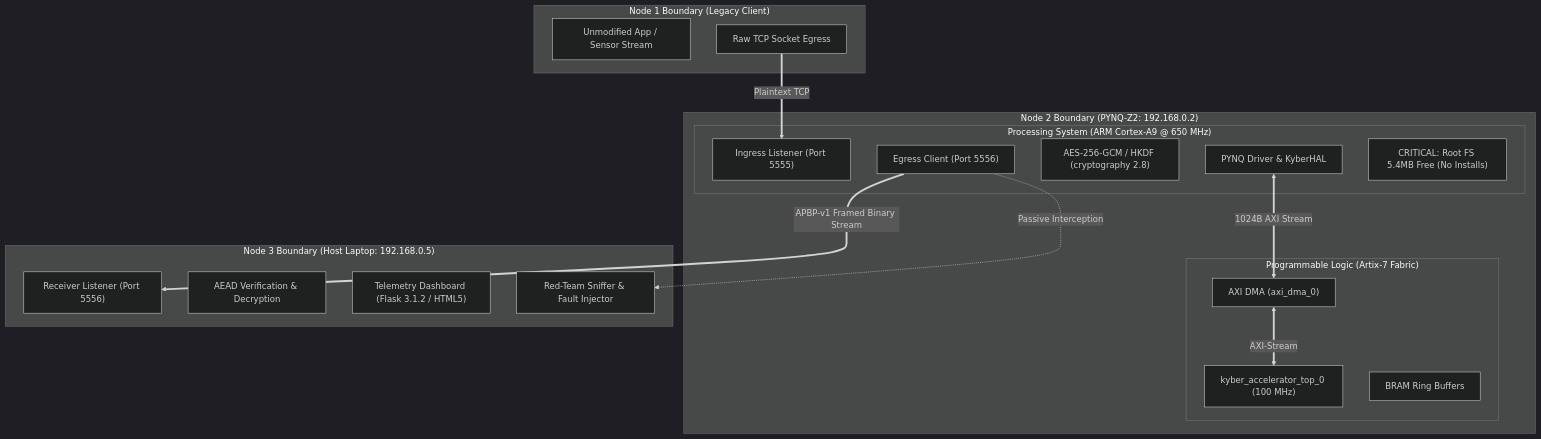
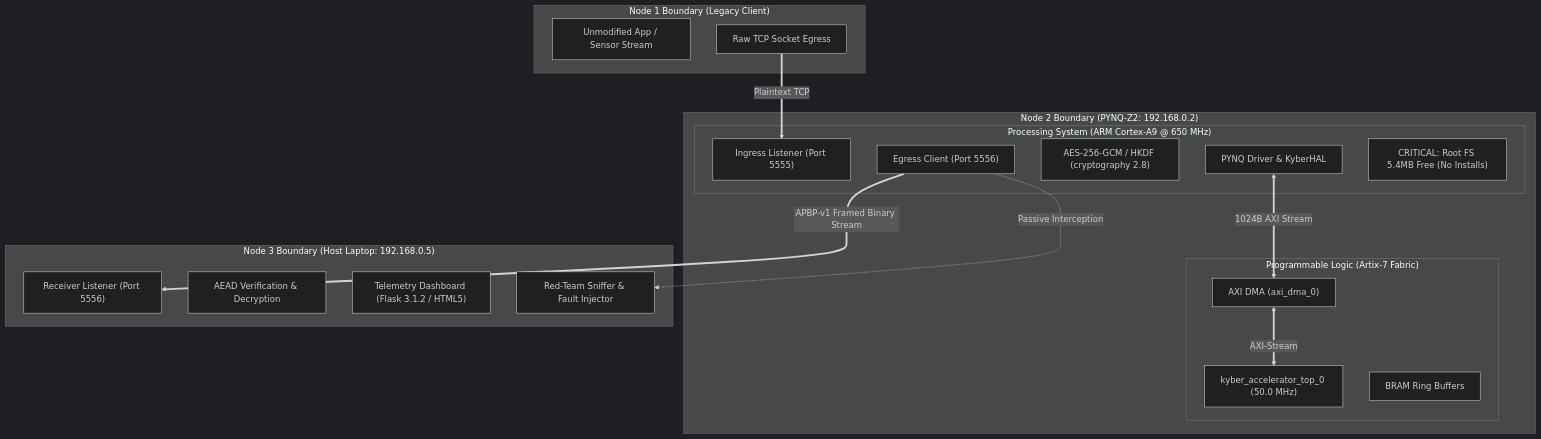
Before and after one commit to Raja-sys77/AEGIS-pq: the diagram in docs/reconnaissance/07_system_boundaries_and_dependencies.md, drawn with Mermaid (dark theme). The commit also changed 9 other files, not shown here.

````diff
--- a/docs/reconnaissance/07_system_boundaries_and_dependencies.md
+++ b/docs/reconnaissance/07_system_boundaries_and_dependencies.md
@@ -13,37 +13,37 @@
 ```mermaid
 graph TD
     subgraph Node1_Boundary ["Node 1 Boundary (Legacy Client)"]
         N1_App["Unmodified App / Sensor Stream"]
         N1_Socket["Raw TCP Socket Egress"]
     end
 
     subgraph Node2_Boundary ["Node 2 Boundary (PYNQ-Z2: 192.168.0.2)"]
         subgraph PS_Domain ["Processing System (ARM Cortex-A9 @ 650 MHz)"]
             PS_Ingress["Ingress Listener (Port 5555)"]
             PS_Driver["PYNQ Driver & KyberHAL"]
             PS_Crypto["AES-256-GCM / HKDF (cryptography 2.8)"]
             PS_Egress["Egress Client (Port 5556)"]
             PS_Disk["CRITICAL: Root FS 5.4MB Free (No Installs)"]
         end
         
         subgraph PL_Domain ["Programmable Logic (Artix-7 Fabric)"]
             PL_DMA["AXI DMA (axi_dma_0)"]
-            PL_IP["kyber_accelerator_top_0 (100 MHz)"]
+            PL_IP["kyber_accelerator_top_0 (50.0 MHz)"]
             PL_BRAM["BRAM Ring Buffers"]
         end
 
         PS_Driver <== "1024B AXI Stream" ==> PL_DMA
         PL_DMA <== "AXI-Stream" ==> PL_IP
     end
 
     subgraph Node3_Boundary ["Node 3 Boundary (Host Laptop: 192.168.0.5)"]
         N3_Recv["Receiver Listener (Port 5556)"]
         N3_Crypto["AEAD Verification & Decryption"]
         N3_UI["Telemetry Dashboard (Flask 3.1.2 / HTML5)"]
         N3_RedTeam["Red-Team Sniffer & Fault Injector"]
     end
 
     N1_Socket == "Plaintext TCP" ==> PS_Ingress
     PS_Egress == "APBP-v1 Framed Binary Stream" ==> N3_Recv
     PS_Egress -. "Passive Interception" .-> N3_RedTeam
 ```
````
